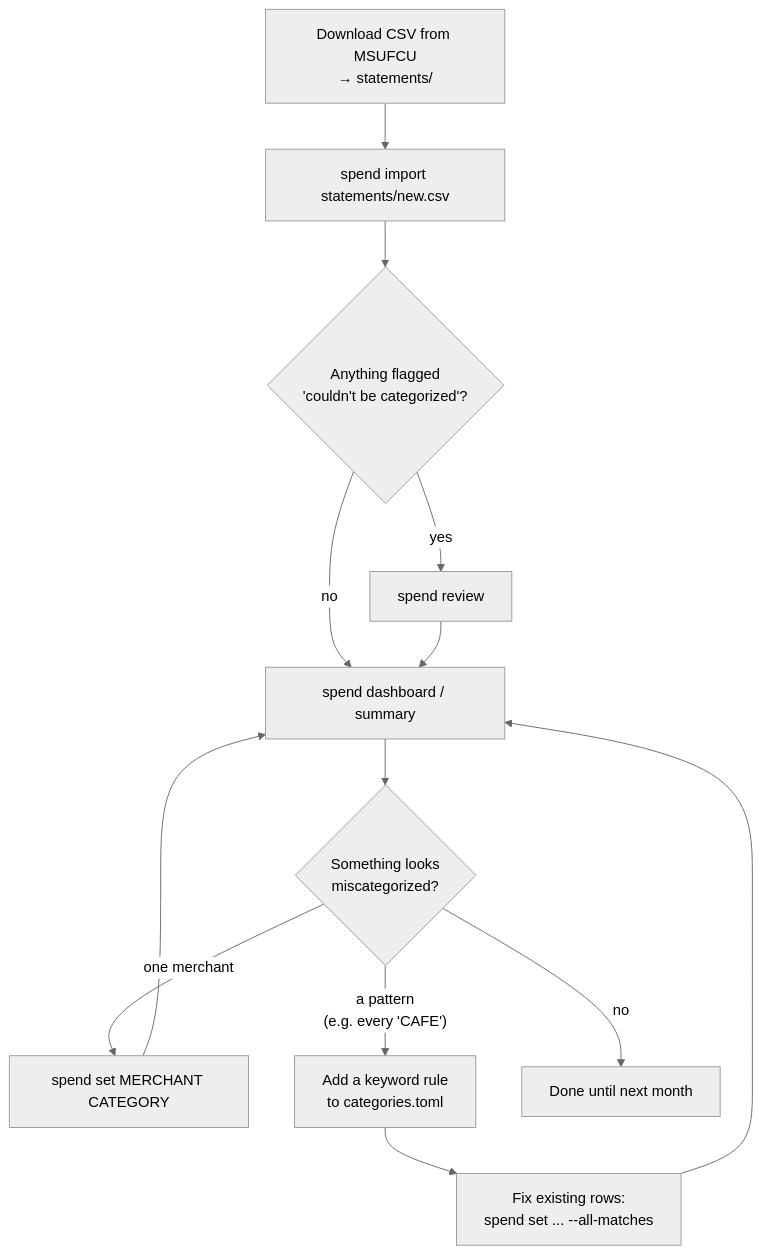
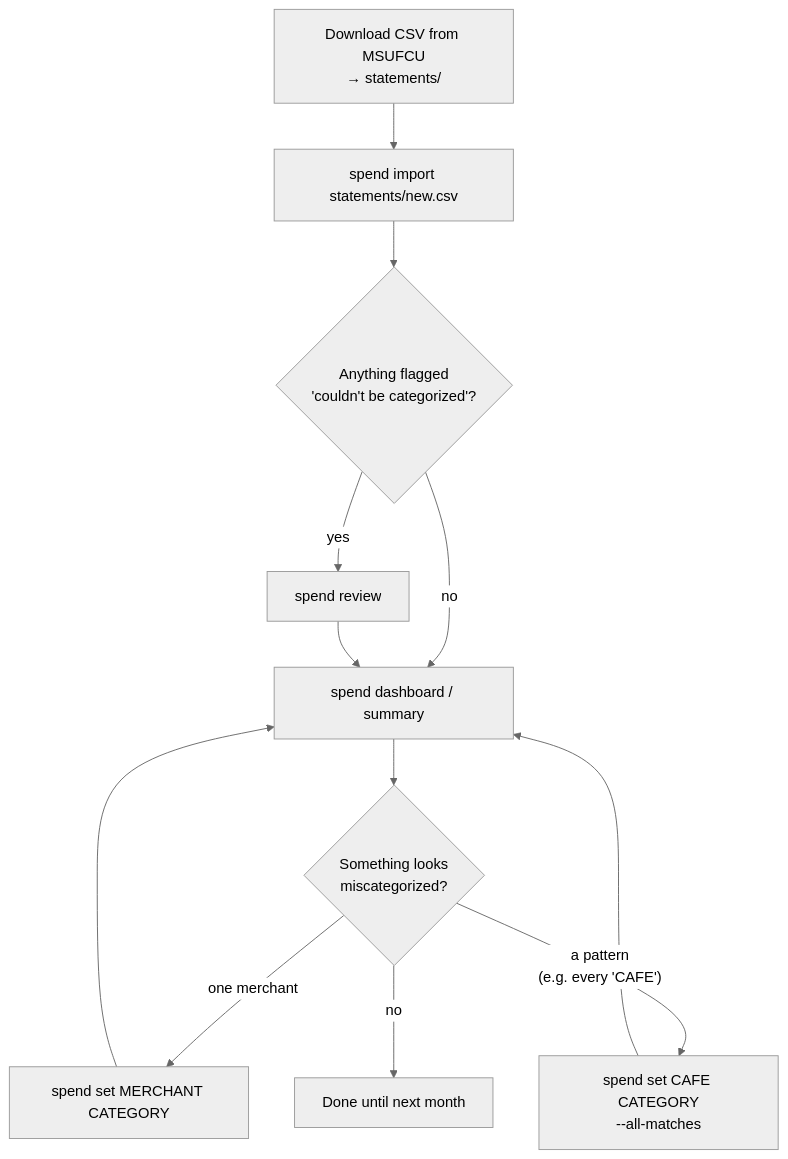
The diagram in README.md (alessandrofelici/spending-tracker), drawn with Mermaid (neutral theme) before and after one commit. The commit also changed other lines of this file and 9 other files, not shown here.

````diff
--- a/README.md
+++ b/README.md
@@ -207,15 +207,14 @@
 ```mermaid
 flowchart TD
     A["Download CSV from MSUFCU<br/>→ statements/"] --> B["spend import statements/new.csv"]
     B --> C{"Anything flagged<br/>'couldn't be categorized'?"}
     C -- yes --> D["spend review"]
     C -- no --> E["spend dashboard / summary"]
     D --> E
     E --> F{"Something looks<br/>miscategorized?"}
     F -- "one merchant" --> G["spend set MERCHANT CATEGORY"]
-    F -- "a pattern<br/>(e.g. every 'CAFE')" --> H["Add a keyword rule<br/>to categories.toml"]
+    F -- "a pattern<br/>(e.g. every 'CAFE')" --> H["spend set CAFE CATEGORY<br/>--all-matches"]
     F -- no --> I["Done until next month"]
     G --> E
-    H --> J["Fix existing rows:<br/>spend set ... --all-matches"]
-    J --> E
+    H --> E
 ```
````
